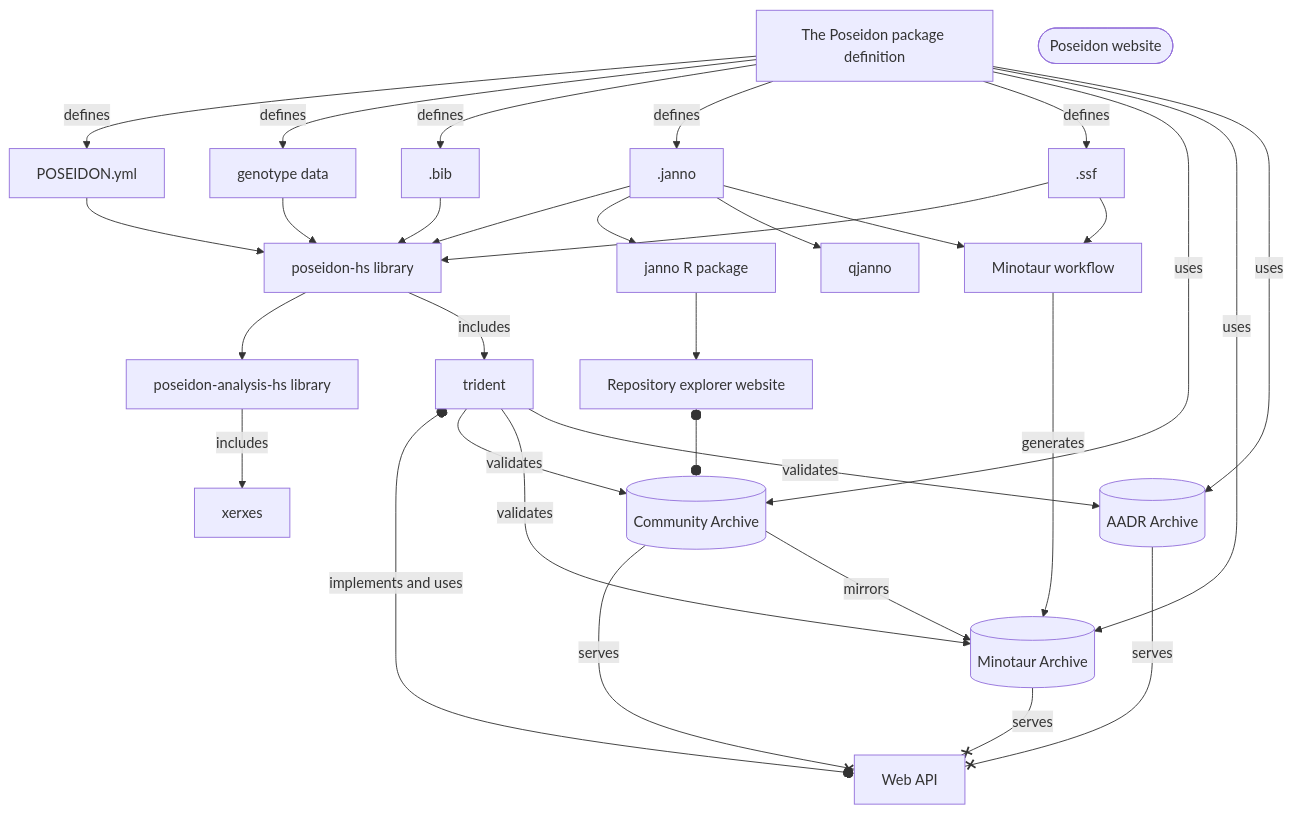
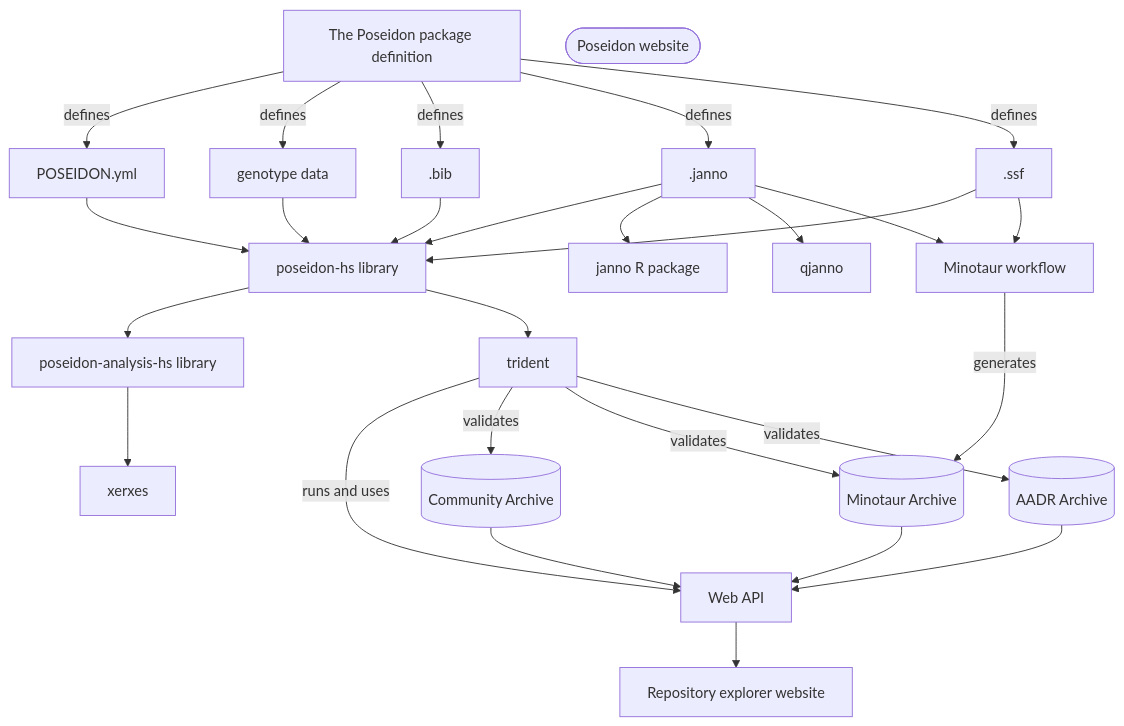
The diagram in dev_notes.md (poseidon-framework/poseidon-framework.github.io), drawn with Mermaid before and after one commit. The commit also changed other lines of this file, not shown here.

Commit message:
updated and simplified the poseidon architecture diagram

````diff
--- a/dev_notes.md
+++ b/dev_notes.md
@@ -5,75 +5,70 @@
 ```mermaid
 flowchart TD
     
 	%% comment
 
     packageDef["The Poseidon package definition"]
 
     poseidonYMLDef["POSEIDON.yml"]
 	packageDef -- defines --> poseidonYMLDef
 
     genotypeDef["genotype data"]
 	packageDef -- defines --> genotypeDef
 
 	bibDef[".bib"]
 	packageDef -- defines --> bibDef
     
     jannoDef[".janno"]
     packageDef -- defines --> jannoDef
 
     ssfDef[".ssf"]
     packageDef -- defines --> ssfDef
 
     poseidonAnalysisHS["poseidon-analysis-hs library"]
     poseidonHS --> poseidonAnalysisHS
 
     xerxes["xerxes"]
-    poseidonAnalysisHS -- includes --> xerxes
+    poseidonAnalysisHS --> xerxes
 
     poseidonHS["poseidon-hs library"]
     poseidonYMLDef --> poseidonHS
 	genotypeDef --> poseidonHS
 	jannoDef --> poseidonHS
 	bibDef --> poseidonHS
 	ssfDef --> poseidonHS
 
     trident["trident"]
-    poseidonHS -- includes --> trident
+    poseidonHS --> trident
 
     api["Web API"]
-    trident o-- implements and uses --o api
-    PCA -- serves --x api
-    PMA -- serves --x api
-    PAA -- serves --x api
+    trident -- runs and uses --> api
+	api --> explorer
+    PCA --> api
+    PMA --> api
+    PAA --> api
 
     jannoR["janno R package"]
     jannoDef --> jannoR
 
     qjanno["qjanno"]
     jannoDef --> qjanno
 
     minotaur["Minotaur workflow"]
     jannoDef --> minotaur
 	ssfDef --> minotaur
 
 	PCA[(Community Archive)]
-	packageDef -- uses --> PCA
 	trident -- validates --> PCA
 
-	viewerWebsite[Repository explorer website]
-	jannoR --> viewerWebsite
-	viewerWebsite o--o PCA
+	explorer[Repository explorer website]
 
 	PMA[(Minotaur Archive)]
-	packageDef -- uses --> PMA
-	PCA -- mirrors --> PMA
 	minotaur -- generates --> PMA
 	trident -- validates --> PMA
 
 	PAA[(AADR Archive)]
-	packageDef -- uses --> PAA
 	trident -- validates --> PAA
 
 	website([Poseidon website])
 
 ```
````
